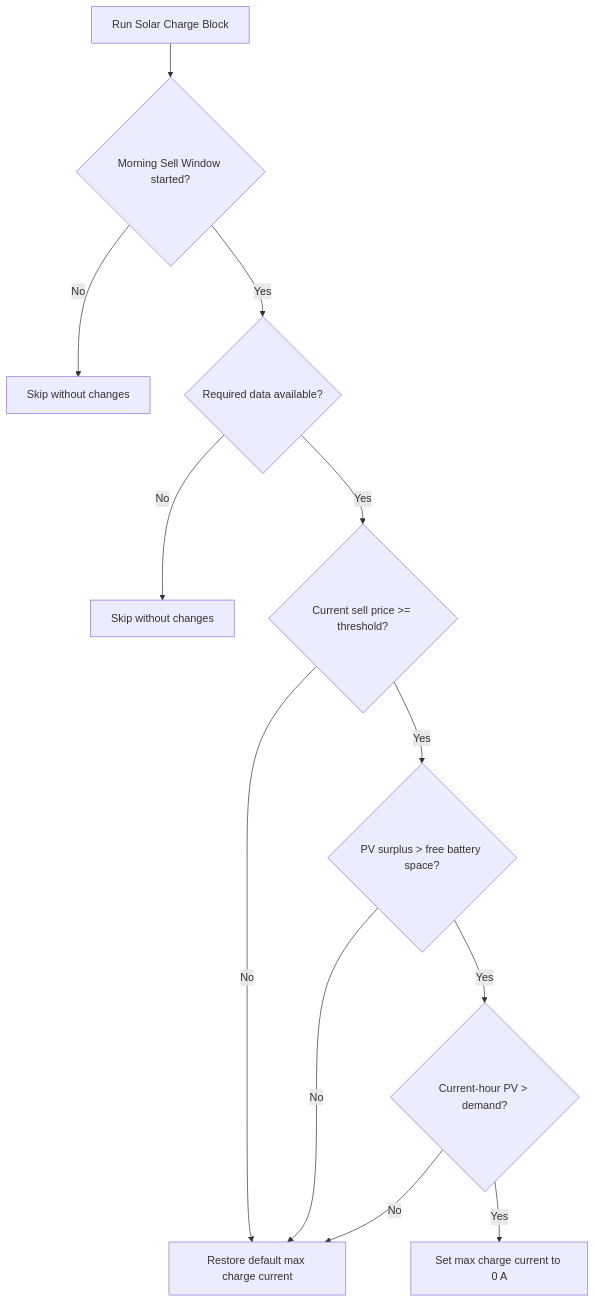
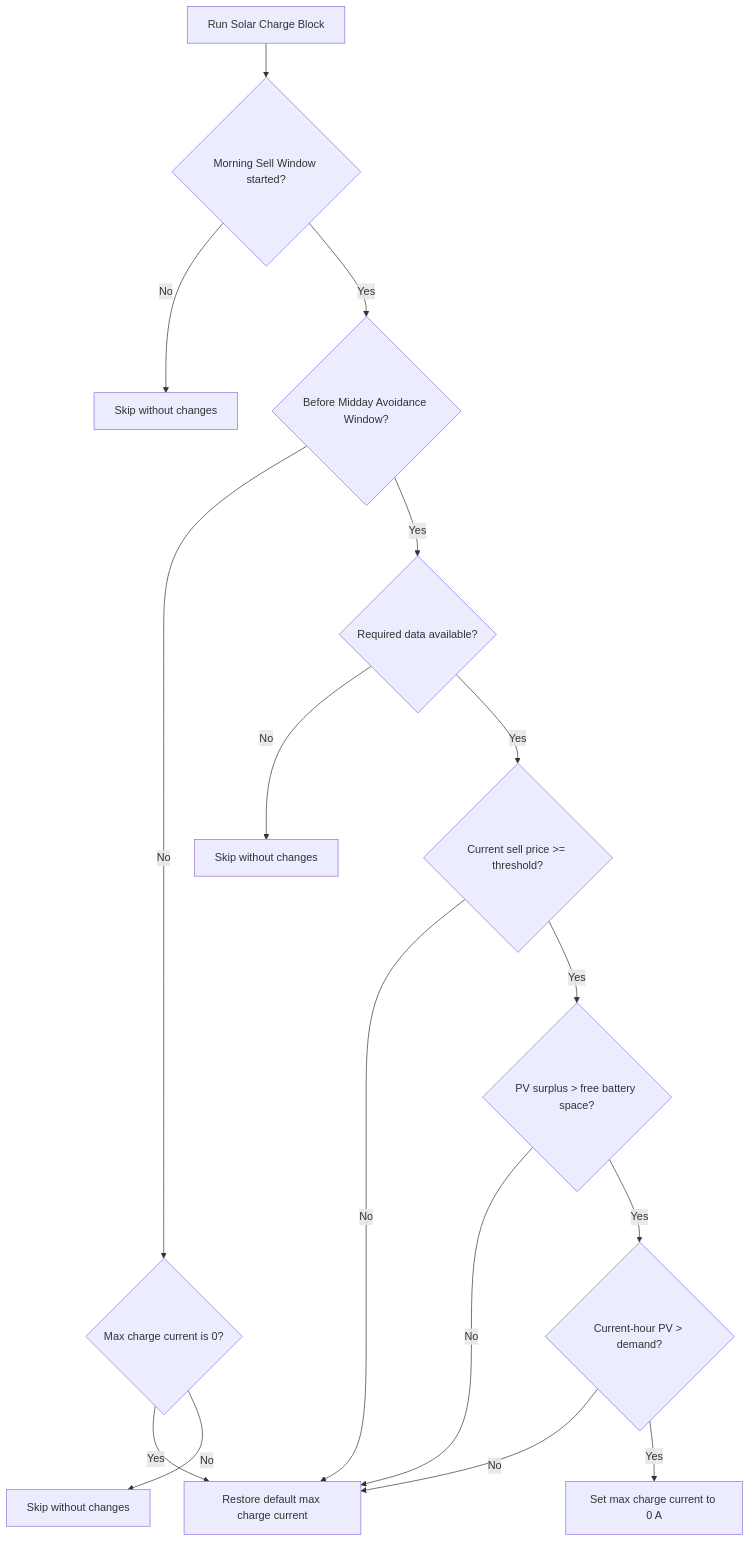
One commit to plebann/EnergyOptimizer changed the diagram in docs/Solar_Charge_Block_Action.md. Above: the diagram before and after it, drawn with Mermaid. The commit also changed other lines of this file and 2 other files, not shown here.

Commit message:
Enhance solar charge block logic to restore charging after midday avoidance window and update related tests

````diff
--- a/docs/Solar_Charge_Block_Action.md
+++ b/docs/Solar_Charge_Block_Action.md
@@ -76,14 +79,18 @@
 ```mermaid
 flowchart TD
   start["Run Solar Charge Block"] --> morning{"Morning Sell Window started?"}
   morning -->|No| skip_before["Skip without changes"]
-  morning -->|Yes| data{"Required data available?"}
+  morning -->|Yes| midday{"Before Midday Avoidance Window?"}
+  midday -->|No| zero{"Max charge current is 0?"}
+  zero -->|Yes| restore["Restore default max charge current"]
+  zero -->|No| skip_after["Skip without changes"]
+  midday -->|Yes| data{"Required data available?"}
   data -->|No| skip_missing["Skip without changes"]
   data -->|Yes| price{"Current sell price >= threshold?"}
-  price -->|No| restore["Restore default max charge current"]
+  price -->|No| restore
   price -->|Yes| capacity{"PV surplus > free battery space?"}
   capacity -->|No| restore
   capacity -->|Yes| hourly{"Current-hour PV > demand?"}
   hourly -->|No| restore
   hourly -->|Yes| block["Set max charge current to 0 A"]
 ```
````
